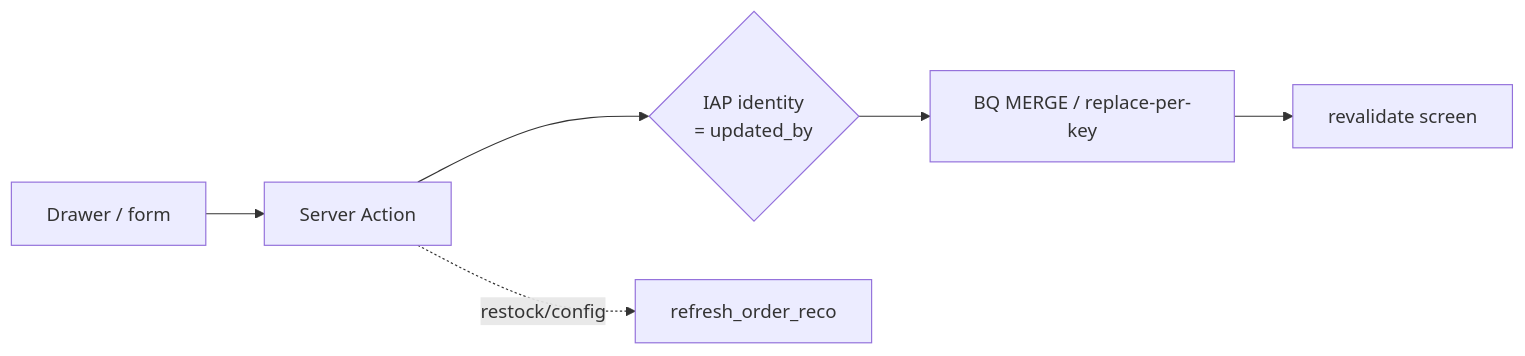
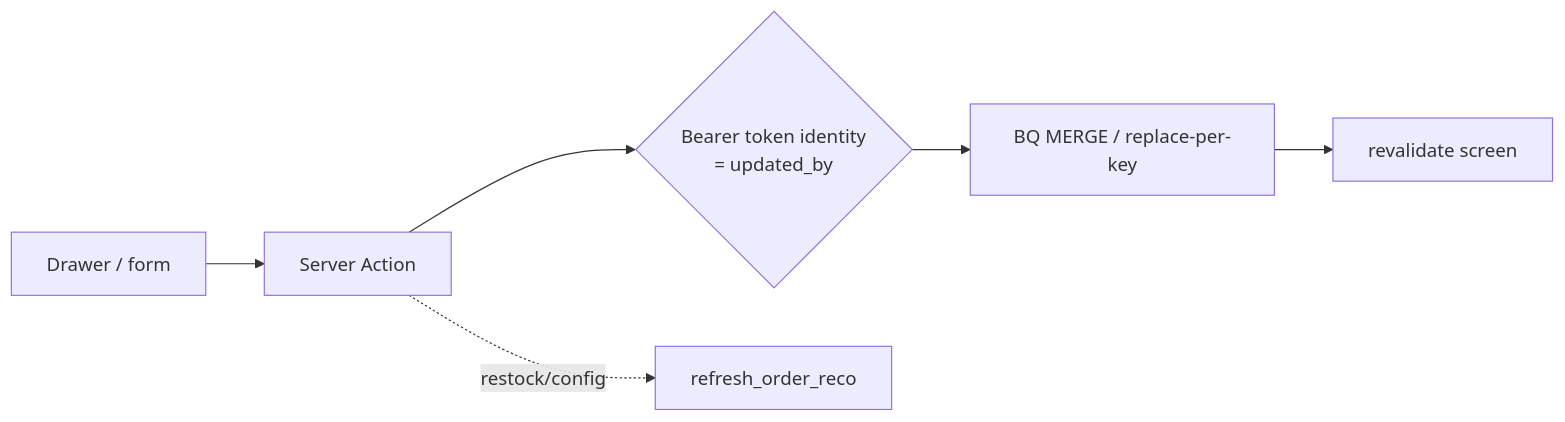
The third of 5 diagrams in docs/operator-console/ARCHITECTURE.md (aditya2kx/jarvis), drawn with Mermaid before and after one commit. The commit also changed other lines of this file and 28 other files, not shown here.

````diff
--- a/docs/operator-console/ARCHITECTURE.md
+++ b/docs/operator-console/ARCHITECTURE.md
@@ -179,8 +179,8 @@
 ```mermaid
 flowchart LR
   UI[Drawer / form] --> SA[Server Action]
-  SA --> AU{IAP identity\n= updated_by}
+  SA --> AU{Bearer token identity\n= updated_by}
   AU --> M[BQ MERGE / replace-per-key]
   M --> OK[revalidate screen]
   SA -. restock/config .-> RR[refresh_order_reco]
 ```
````
